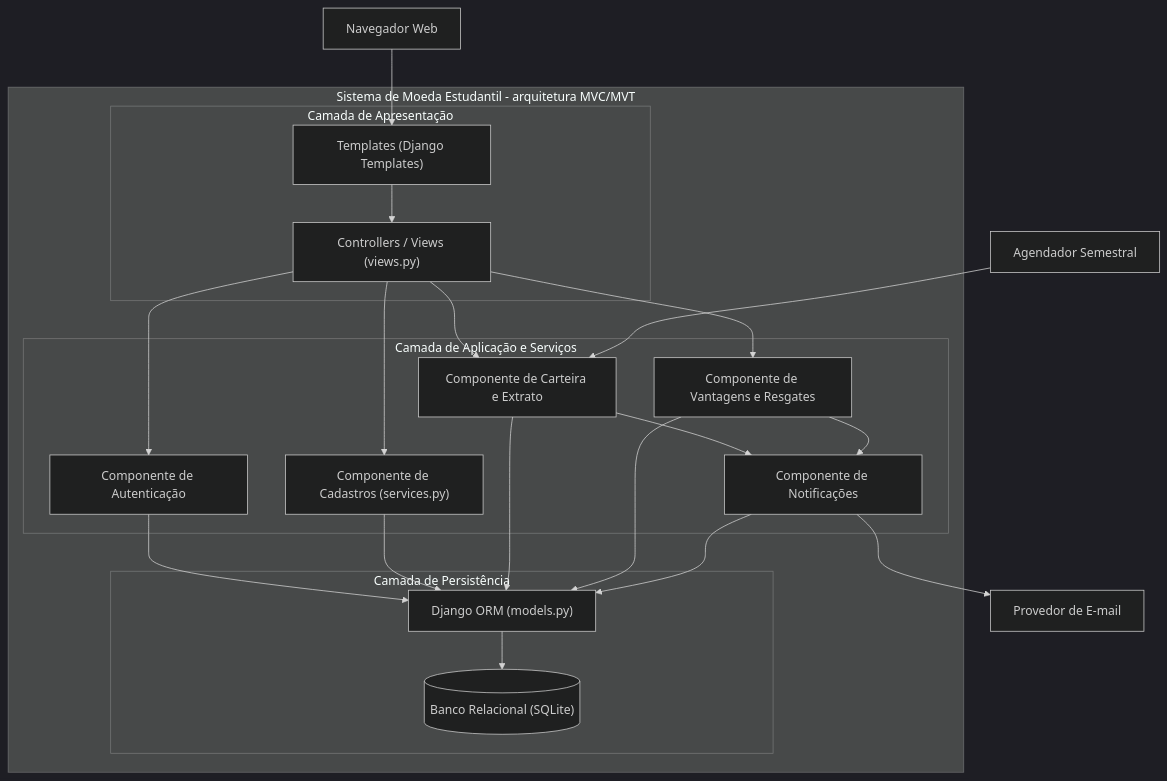
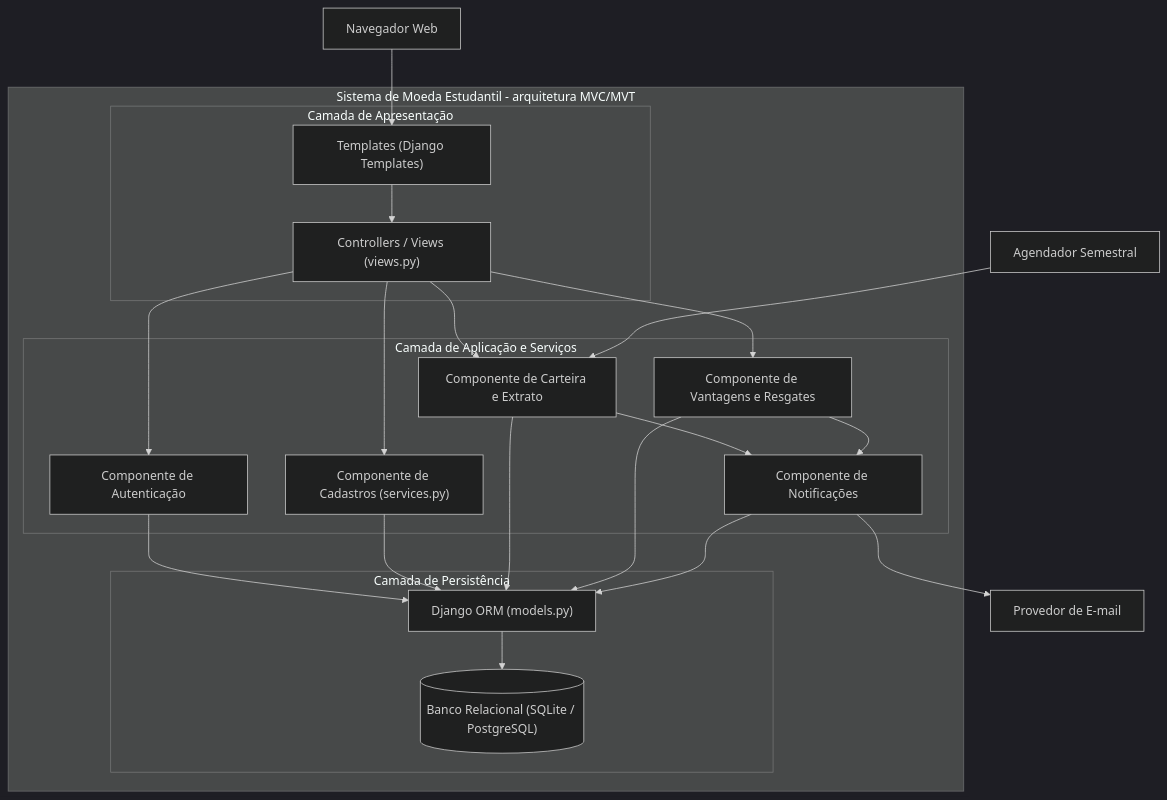
The fifth of 5 diagrams in README.md (antoniiorabelo/SistemaDeMoedaEstudantil), drawn with Mermaid (dark theme) before and after one commit. The commit also changed other lines of this file and 6 other files, not shown here.

Commit message:
Lab04S02: diagrama de implantação e configuração de deploy

````diff
--- a/README.md
+++ b/README.md
@@ -668,43 +670,43 @@
 ```mermaid
 flowchart TB
     browser["Navegador Web"]
     scheduler["Agendador Semestral"]
     mail["Provedor de E-mail"]
 
     subgraph app["Sistema de Moeda Estudantil - arquitetura MVC/MVT"]
         subgraph presentation["Camada de Apresentação"]
             views["Templates (Django Templates)"]
             controllers["Controllers / Views (views.py)"]
         end
 
         subgraph application["Camada de Aplicação e Serviços"]
             auth["Componente de Autenticação"]
             cadastro["Componente de Cadastros (services.py)"]
             carteira["Componente de Carteira e Extrato"]
             vantagens["Componente de Vantagens e Resgates"]
             notificacao["Componente de Notificações"]
         end
 
         subgraph persistence["Camada de Persistência"]
             repositories["Django ORM (models.py)"]
-            db[("Banco Relacional (SQLite)")]
+            db[("Banco Relacional (SQLite / PostgreSQL)")]
         end
     end
 
     browser --> views
     views --> controllers
     controllers --> auth
     controllers --> cadastro
     controllers --> carteira
     controllers --> vantagens
     scheduler --> carteira
     carteira --> notificacao
     vantagens --> notificacao
     notificacao --> mail
     auth --> repositories
     cadastro --> repositories
     carteira --> repositories
     vantagens --> repositories
     notificacao --> repositories
     repositories --> db
 ```
````
